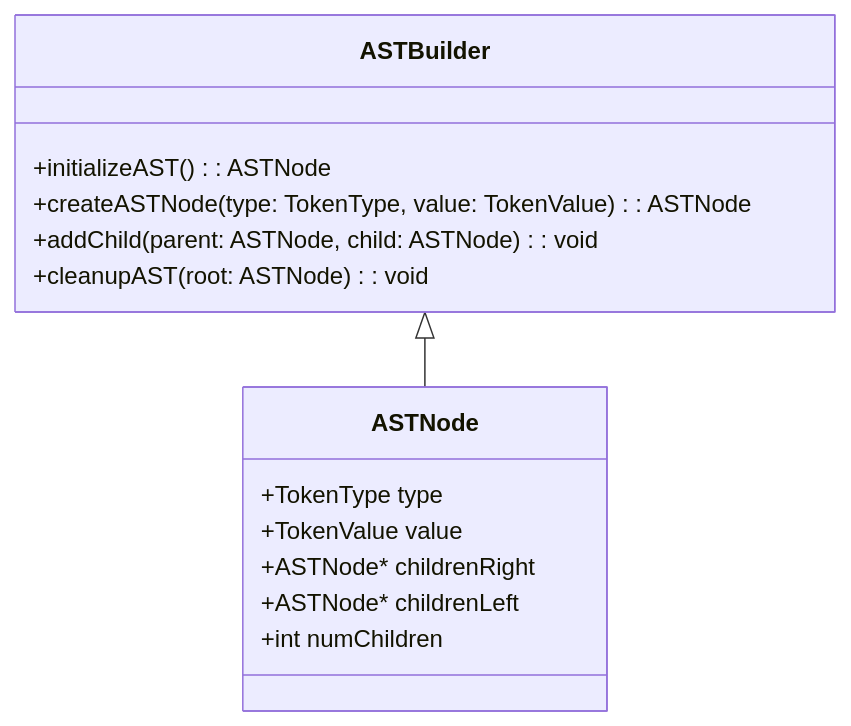
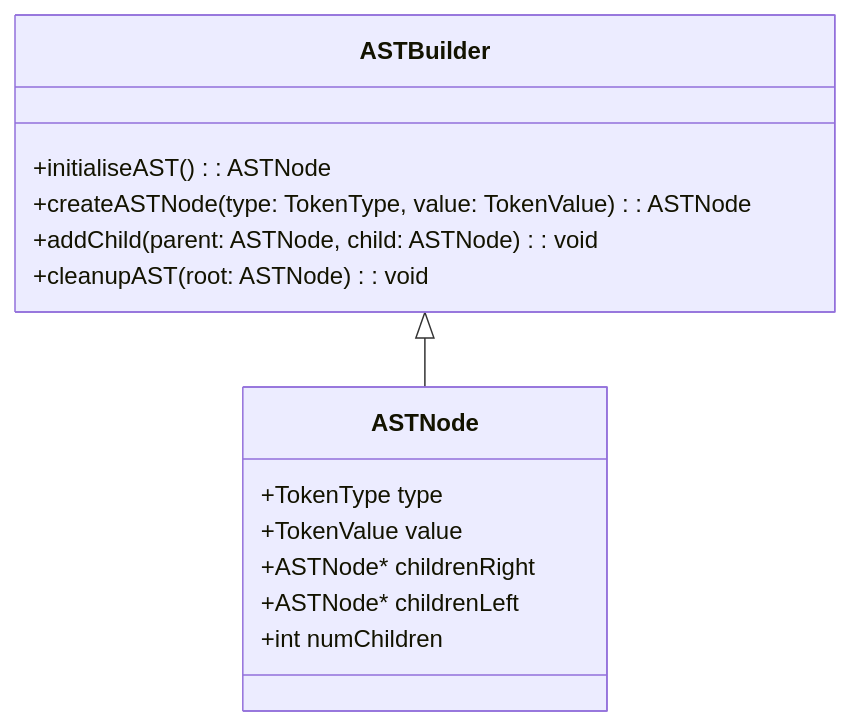
Before and after one commit to algosup/2023-2024-project-3-virtual-processor-team-1: the second of 9 diagrams in Documents/TechnicalSpecifications.md, drawn with Mermaid. The commit also changed other lines of this file and 5 other files, not shown here.

````diff
--- a/Documents/TechnicalSpecifications.md
+++ b/Documents/TechnicalSpecifications.md
@@ -446,19 +447,19 @@
   ```mermaid
   classDiagram
   class ASTNode {
     +TokenType type
     +TokenValue value
     +ASTNode* childrenRight
     +ASTNode* childrenLeft
     +int numChildren
   }
 
   class ASTBuilder {
-    +initializeAST(): ASTNode
+    +initialiseAST(): ASTNode
     +createASTNode(type: TokenType, value: TokenValue): ASTNode
     +addChild(parent: ASTNode, child: ASTNode): void
     +cleanupAST(root: ASTNode): void
   }
 
    ASTBuilder <|-- ASTNode
    ```
````
